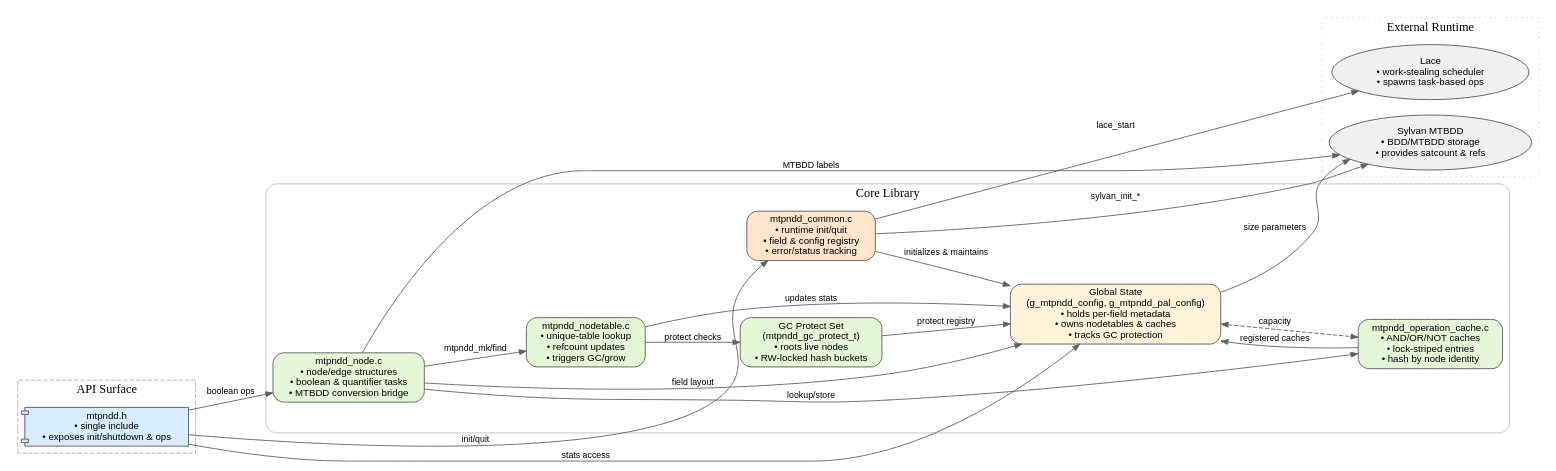
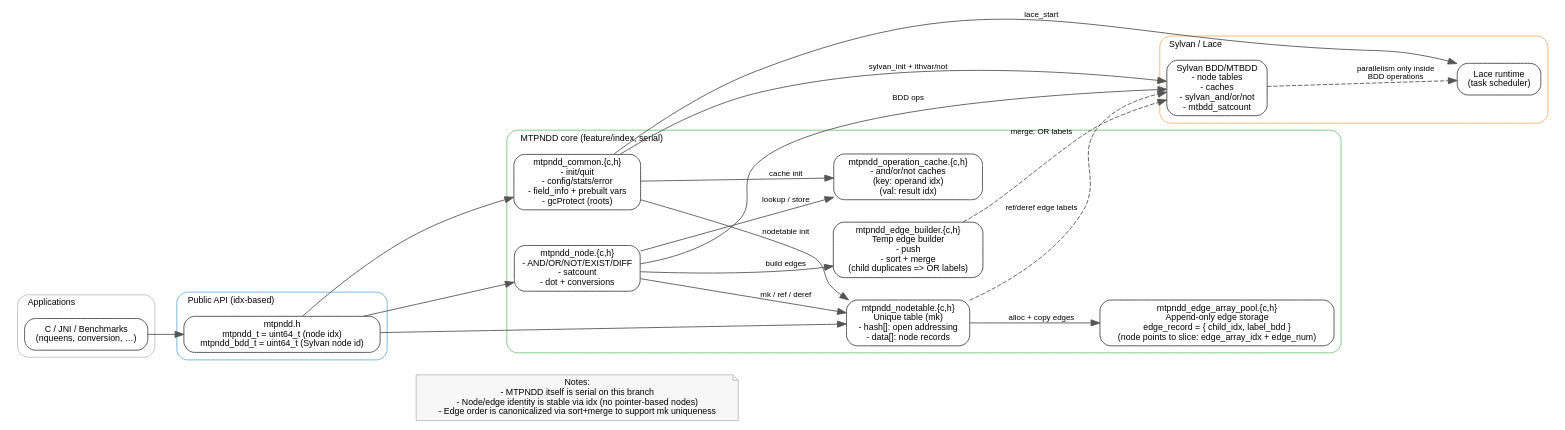
Before and after one commit to Augists/MTPNDD: the diagram in docs/mtpndd_architecture.dot, drawn with Graphviz. The commit also changed 27 other files, not shown here.

Commit message:
feat: migrate to edge array pool

```diff
--- a/docs/mtpndd_architecture.dot
+++ b/docs/mtpndd_architecture.dot
@@ -1,57 +1,76 @@
-digraph MTPNDD {
-    rankdir=LR;
-    splines=true;
-    bgcolor="white";
-    node [shape=box, style="rounded,filled", fillcolor="#f7f7f7", color="#555555", fontname="Helvetica", fontsize=11];
-    edge [color="#606060", fontname="Helvetica", fontsize=10, arrowsize=0.8];
+// MTPNDD architecture (feature/index)
+// Generate: dot -Tpng docs/mtpndd_architecture.dot -o docs/mtpndd_architecture.png
+digraph MTPNDD_Architecture {
+  rankdir=LR;
+  compound=true;
+  splines=true;
+  nodesep=0.35;
+  ranksep=0.55;
 
-    subgraph cluster_api {
-        label="API Surface";
-        style="dashed";
-        color="#b0b0b0";
-        api [label="mtpndd.h\n• single include\n• exposes init/shutdown & ops", shape=component, fillcolor="#d7ecff"];
-    }
+  graph [fontname="Helvetica", fontsize=10, labelloc="t", labeljust="l"];
+  node  [fontname="Helvetica", fontsize=10, shape=box, style="rounded,filled", fillcolor="#ffffff", color="#444444"];
+  edge  [fontname="Helvetica", fontsize=9, color="#555555"];
 
-    subgraph cluster_core {
-        label="Core Library";
-        style="rounded";
-        color="#c0c0c0";
-        common [label="mtpndd_common.c\n• runtime init/quit\n• field & config registry\n• error/status tracking", fillcolor="#ffe5cc"];
-        config [label="Global State\n(g_mtpndd_config, g_mtpndd_pal_config)\n• holds per-field metadata\n• owns nodetables & caches\n• tracks GC protection", fillcolor="#fff4d9"];
-        node_ops [label="mtpndd_node.c\n• node/edge structures\n• boolean & quantifier tasks\n• MTBDD conversion bridge", fillcolor="#e4f7d7"];
-        nodetable [label="mtpndd_nodetable.c\n• unique-table lookup\n• refcount updates\n• triggers GC/grow", fillcolor="#e4f7d7"];
-        cache [label="mtpndd_operation_cache.c\n• AND/OR/NOT caches\n• lock-striped entries\n• hash by node identity", fillcolor="#e4f7d7"];
-        gc [label="GC Protect Set\n(mtpndd_gc_protect_t)\n• roots live nodes\n• RW-locked hash buckets", fillcolor="#e4f7d7"];
-    }
+  subgraph cluster_app {
+    label="Applications";
+    color="#bdbdbd";
+    style="rounded";
+    app [label="C / JNI / Benchmarks\n(nqueens, conversion, …)"];
+  }
 
-    subgraph cluster_runtime {
-        label="External Runtime";
-        style="dotted";
-        color="#bcbcbc";
-        lace [label="Lace\n• work-stealing scheduler\n• spawns task-based ops", shape=ellipse, fillcolor="#f0f0f0"];
-        sylvan [label="Sylvan MTBDD\n• BDD/MTBDD storage\n• provides satcount & refs", shape=ellipse, fillcolor="#f0f0f0"];
-    }
+  subgraph cluster_api {
+    label="Public API (idx-based)";
+    color="#6baed6";
+    style="rounded";
+    api [label="mtpndd.h\nmtpndd_t = uint64_t (node idx)\nmtpndd_bdd_t = uint64_t (Sylvan node id)"];
+  }
 
-    api -> common [label="init/quit" weight=2];
-    api -> node_ops [label="boolean ops" weight=2];
-    api -> config [label="stats access"];
+  subgraph cluster_core {
+    label="MTPNDD core (feature/index, serial)";
+    color="#74c476";
+    style="rounded";
 
-    common -> config [label="initializes & maintains" weight=2];
-    common -> lace [label="lace_start" minlen=2];
-    common -> sylvan [label="sylvan_init_*" minlen=2];
+    common [label="mtpndd_common.{c,h}\n- init/quit\n- config/stats/error\n- field_info + prebuilt vars\n- gcProtect (roots)"];
+    nodeops [label="mtpndd_node.{c,h}\n- AND/OR/NOT/EXIST/DIFF\n- satcount\n- dot + conversions"];
+    nodetable [label="mtpndd_nodetable.{c,h}\nUnique table (mk)\n- hash[]: open addressing\n- data[]: node records"];
+    opcache [label="mtpndd_operation_cache.{c,h}\n- and/or/not caches\n(key: operand idx)\n(val: result idx)"];
+    builder [label="mtpndd_edge_builder.{c,h}\nTemp edge builder\n- push\n- sort + merge\n(child duplicates => OR labels)"];
+    edgepool [label="mtpndd_edge_array_pool.{c,h}\nAppend-only edge storage\nedge_record = { child_idx, label_bdd }\n(node points to slice: edge_array_idx + edge_num)"];
+  }
 
-    node_ops -> nodetable [label="mtpndd_mk/find" weight=2];
-    node_ops -> cache [label="lookup/store"];
-    node_ops -> sylvan [label="MTBDD labels" minlen=2];
-    node_ops -> config [label="field layout"];
+  subgraph cluster_sylvan {
+    label="Sylvan / Lace";
+    color="#fdae6b";
+    style="rounded";
+    lace   [label="Lace runtime\n(task scheduler)"];
+    sylvan [label="Sylvan BDD/MTBDD\n- node tables\n- caches\n- sylvan_and/or/not\n- mtbdd_satcount"];
+  }
 
-    nodetable -> config [label="updates stats"];
-    nodetable -> gc [label="protect checks"];
+  // high-level wiring
+  app -> api;
 
-    cache -> config [label="registered caches"];
+  api -> common;
+  api -> nodeops;
+  api -> nodetable;
 
-    gc -> config [label="protect registry"];
+  common -> lace   [label="lace_start"];
+  common -> sylvan [label="sylvan_init + ithvar/not"];
+  common -> nodetable [label="nodetable init"];
+  common -> opcache [label="cache init"];
 
-    config -> sylvan [label="size parameters"];
-    config -> cache [label="capacity" dir="both" style="dashed"];
+  nodeops -> opcache   [label="lookup / store"];
+  nodeops -> builder   [label="build edges"];
+  nodeops -> nodetable [label="mk / ref / deref"];
+  nodeops -> sylvan    [label="BDD ops"];
+
+  builder -> sylvan    [style="dashed", label="merge: OR labels"];
+  nodetable -> edgepool [label="alloc + copy edges"];
+  nodetable -> sylvan   [style="dashed", label="ref/deref edge labels"];
+
+  sylvan -> lace [style="dashed", label="parallelism only inside\nBDD operations"];
+
+  // legend
+  legend [shape=note, style="filled", fillcolor="#f7f7f7", color="#bdbdbd",
+          label="Notes:\n- MTPNDD itself is serial on this branch\n- Node/edge identity is stable via idx (no pointer-based nodes)\n- Edge order is canonicalized via sort+merge to support mk uniqueness"];
+  api -> legend [style="invis"];
 }
```
